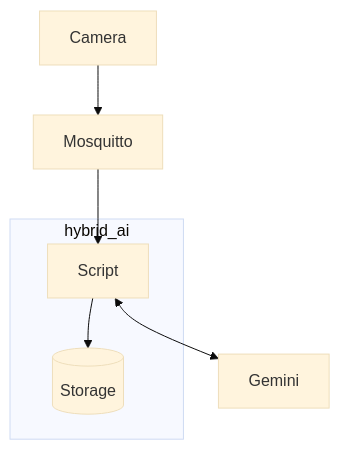
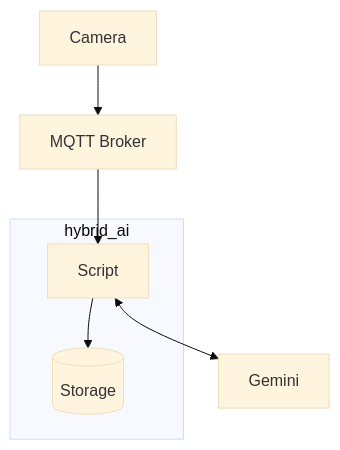
Before and after one commit to janssen70/hybrid_ai: the diagram in README.md, drawn with Mermaid (base theme). The commit also changed other lines of this file, not shown here.

````diff
--- a/README.md
+++ b/README.md
@@ -9,15 +9,15 @@
 ```mermaid
 flowchart TD
 	C[Camera]
-	M[Mosquitto]
+	M[MQTT Broker]
 	G[Gemini]
 	subgraph hybrid_ai
 	   P[Script]
 	   S[(Storage)]
 	end
 
 C --> M
 M --> P
 P <--> G
 P --> S
 ```
````
